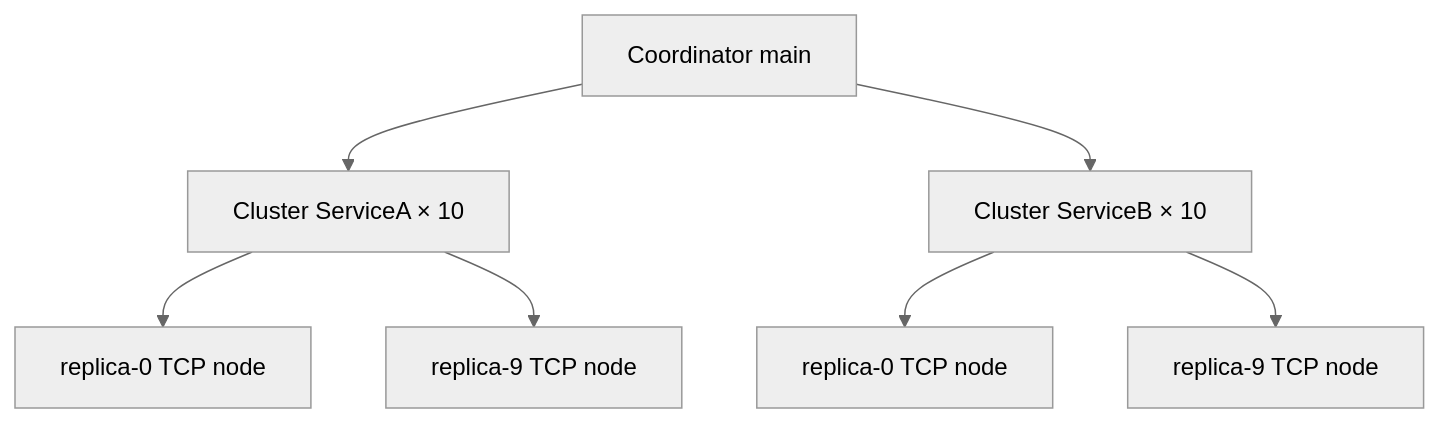
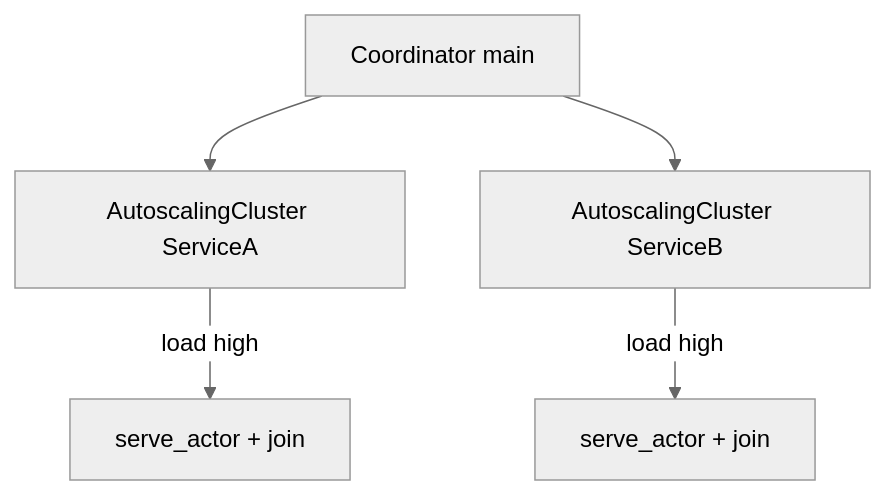
Before and after one commit to akashsoni01/lane_switchboards: the second of 2 diagrams in examples/service_complex.md, drawn with Mermaid (neutral theme). The commit also changed other lines of this file and 2 other files, not shown here.

````diff
--- a/examples/service_complex.md
+++ b/examples/service_complex.md
@@ -104,14 +105,12 @@
 ```mermaid
 flowchart TB
     Coord["Coordinator main"]
-    CA["Cluster ServiceA × 10"]
-    CB["Cluster ServiceB × 10"]
+    ASA["AutoscalingCluster ServiceA"]
+    ASB["AutoscalingCluster ServiceB"]
 
-    Coord --> CA
-    Coord --> CB
+    Coord --> ASA
+    Coord --> ASB
 
-    CA --> R0["replica-0 TCP node"]
-    CA --> R9["replica-9 TCP node"]
-    CB --> S0["replica-0 TCP node"]
-    CB --> S9["replica-9 TCP node"]
+    ASA -->|"load high"| ScaleA["serve_actor + join"]
+    ASB -->|"load high"| ScaleB["serve_actor + join"]
 ```
````
